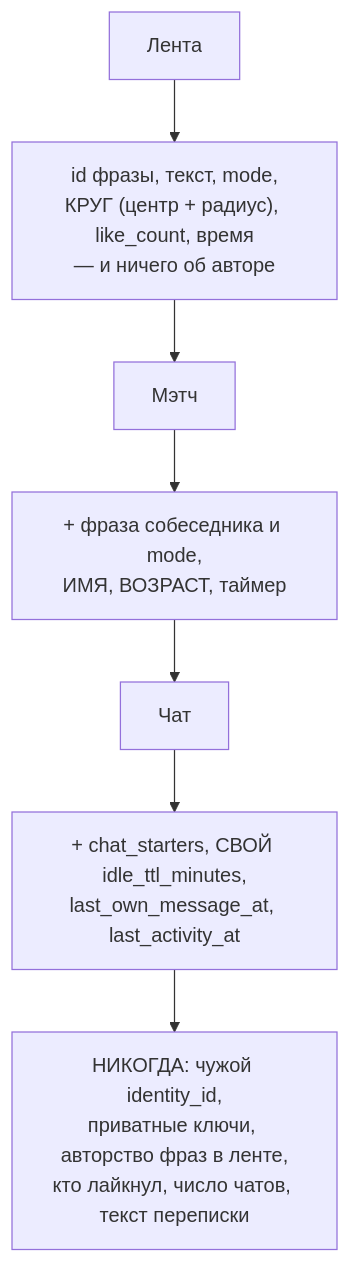
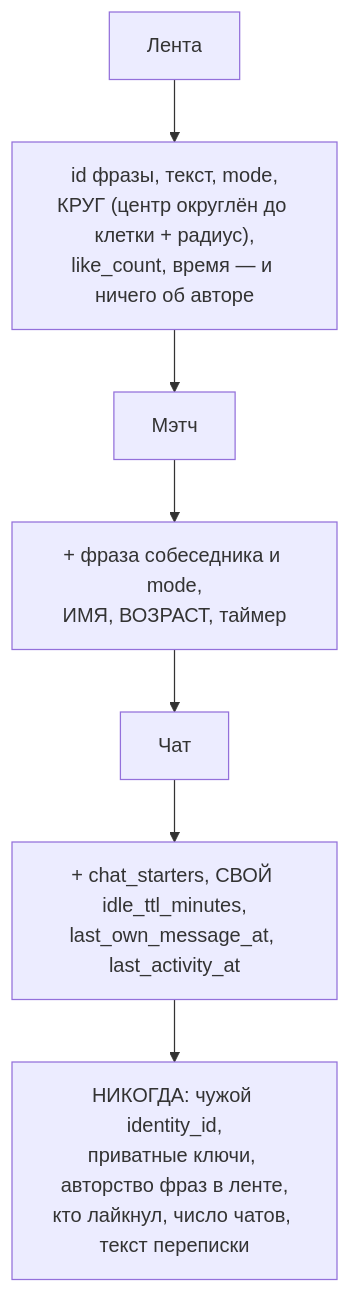
Before and after one commit to panov-id/xor.ad: diagram 29 of 30 in docs/chat-flows_RU.md, drawn with Mermaid. The commit also changed 10 other files, not shown here.

````diff
--- a/docs/chat-flows_RU.md
+++ b/docs/chat-flows_RU.md
@@ -931,9 +931,9 @@
 ```mermaid
 flowchart TD
-  L1["Лента"] --> L1d["id фразы, текст, mode,<br/>КРУГ #40;центр + радиус#41;, like_count, время<br/>— и ничего об авторе"]
+  L1["Лента"] --> L1d["id фразы, текст, mode,<br/>КРУГ #40;центр округлён до клетки + радиус#41;,<br/>like_count, время — и ничего об авторе"]
   L1d --> L2["Мэтч"]
   L2 --> L2d["+ фраза собеседника и mode,<br/>ИМЯ, ВОЗРАСТ, таймер"]
   L2d --> L3["Чат"]
   L3 --> L3d["+ chat_starters, СВОЙ idle_ttl_minutes,<br/>last_own_message_at, last_activity_at"]
   L3d --> never["НИКОГДА: чужой identity_id,<br/>приватные ключи, авторство фраз в ленте,<br/>кто лайкнул, число чатов, текст переписки"]
 ```
````
